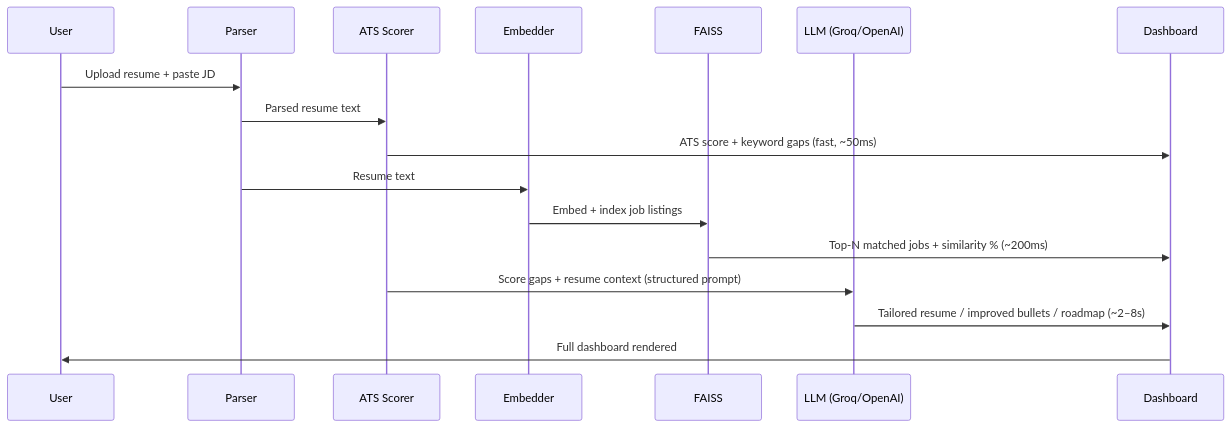
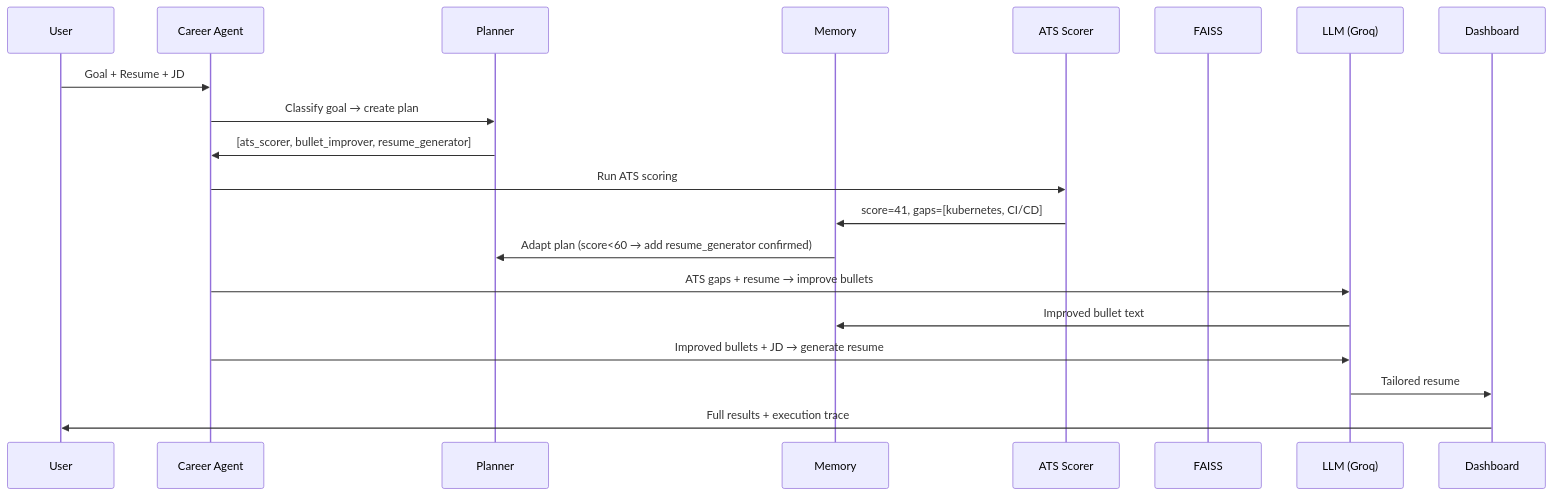
One commit to VikashITB/career-copilot-ai changed the fourth of 4 diagrams in README.md. Above: the diagram before and after it, drawn with Mermaid. The commit also changed other lines of this file, not shown here.

````diff
--- a/README.md
+++ b/README.md
@@ -240,20 +395,23 @@
 ```mermaid
 sequenceDiagram
     participant U as User
-    participant P as Parser
-    participant A as ATS Scorer
-    participant E as Embedder
+    participant A as Career Agent
+    participant P as Planner
+    participant M as Memory
+    participant ATS as ATS Scorer
     participant F as FAISS
-    participant L as LLM (Groq/OpenAI)
+    participant L as LLM (Groq)
     participant D as Dashboard
 
-    U->>P: Upload resume + paste JD
-    P->>A: Parsed resume text
-    A->>D: ATS score + keyword gaps (fast, ~50ms)
-    P->>E: Resume text
-    E->>F: Embed + index job listings
-    F->>D: Top-N matched jobs + similarity % (~200ms)
-    A->>L: Score gaps + resume context (structured prompt)
-    L->>D: Tailored resume / improved bullets / roadmap (~2–8s)
-    D->>U: Full dashboard rendered
+    U->>A: Goal + Resume + JD
+    A->>P: Classify goal → create plan
+    P->>A: [ats_scorer, bullet_improver, resume_generator]
+    A->>ATS: Run ATS scoring
+    ATS->>M: score=41, gaps=[kubernetes, CI/CD]
+    M->>P: Adapt plan (score<60 → add resume_generator confirmed)
+    A->>L: ATS gaps + resume → improve bullets
+    L->>M: Improved bullet text
+    A->>L: Improved bullets + JD → generate resume
+    L->>D: Tailored resume
+    D->>U: Full results + execution trace
 ```
````
